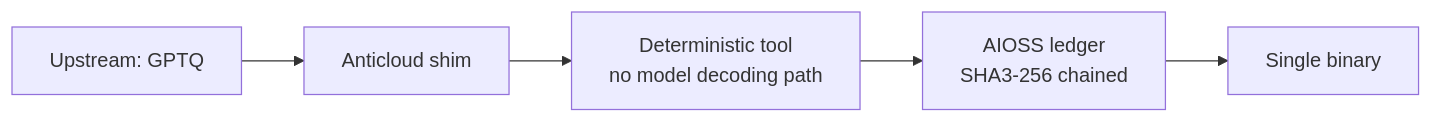
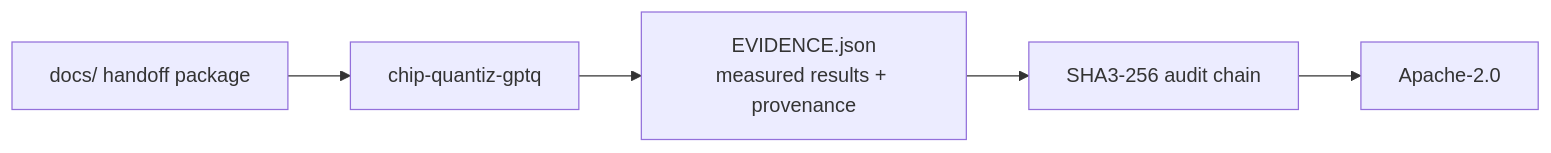
One commit to the-anticloud/chip-quantiz-gptq changed the diagram in README.md. Above: the diagram before and after it, drawn with Mermaid. The commit also changed other lines of this file and 8 other files, not shown here.

````diff
--- a/README.md
+++ b/README.md
@@ -11,7 +22,7 @@
 ```mermaid
 graph LR
-    U[Upstream: GPTQ] --> S[Anticloud shim]
-    S --> T[Deterministic tool<br/>no model decoding path]
-    T --> A[AIOSS ledger<br/>SHA3-256 chained]
-    A --> B[Single binary]
+    D[docs/ handoff package] --> R[chip-quantiz-gptq]
+    R --> E[EVIDENCE.json\nmeasured results + provenance]
+    E --> A[SHA3-256 audit chain]
+    A --> L[Apache-2.0]
 ```
````
